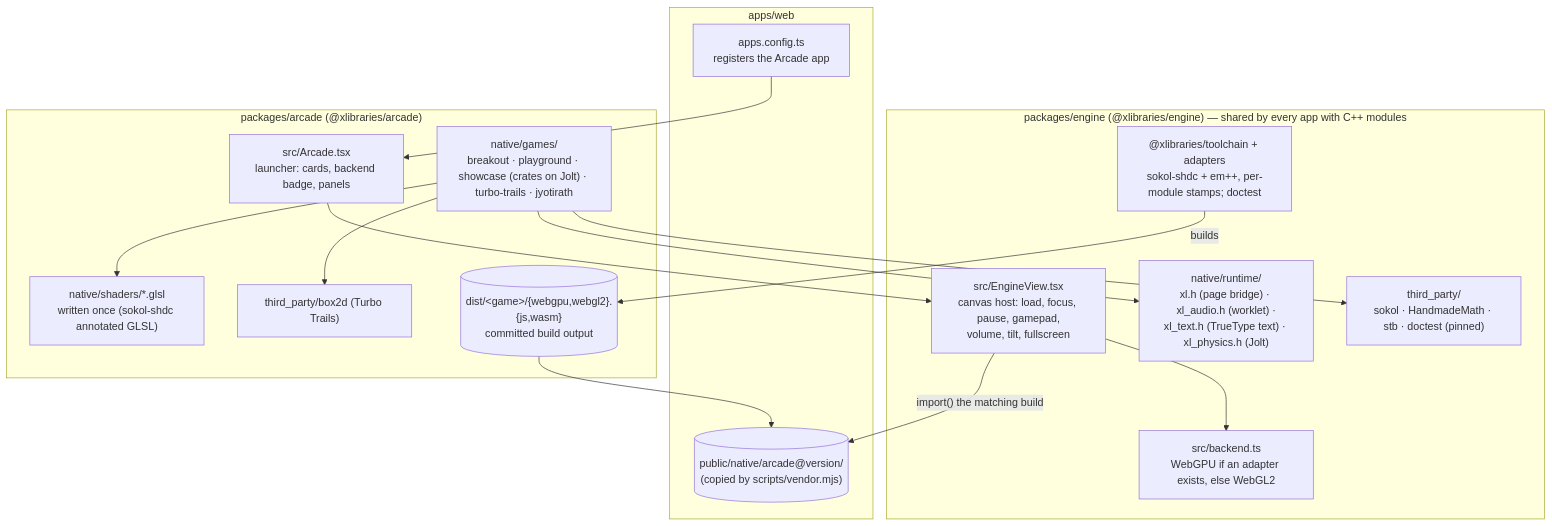
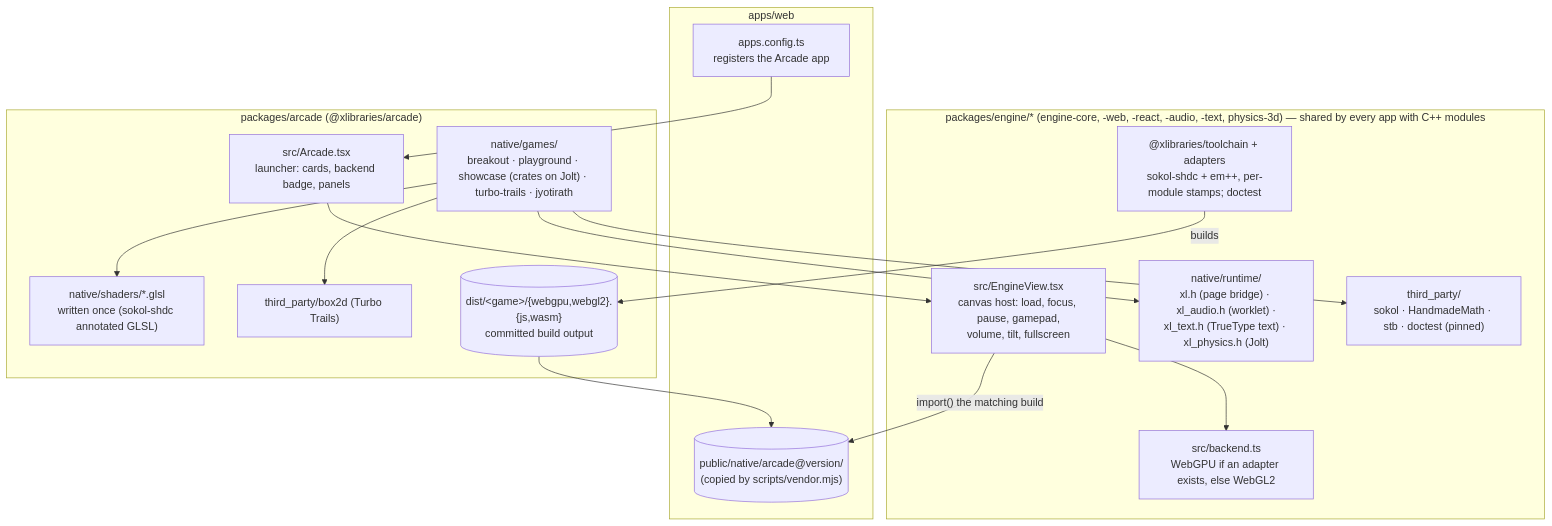
The first of 2 diagrams in docs/arcade-plan.md (xlibraries/Xlib), drawn with Mermaid before and after one commit. The commit also changed 714 other files, not shown here.

Commit message:
Phase 2: the engine as six packages (engine-core, -web, -react, -audio, -text, physics-3d); modules link what they use

````diff
--- a/docs/arcade-plan.md
+++ b/docs/arcade-plan.md
@@ -13,30 +13,30 @@
 ```mermaid
 flowchart TB
     subgraph site["apps/web"]
         config["apps.config.ts<br/>registers the Arcade app"]
         public[("public/native/arcade@version/<br/>(copied by scripts/vendor.mjs)")]
     end
 
-    subgraph engine["packages/engine (@xlibraries/engine) — shared by every app with C++ modules"]
+    subgraph engine["packages/engine/* (engine-core, -web, -react, -audio, -text, physics-3d) — shared by every app with C++ modules"]
         view["src/EngineView.tsx<br/>canvas host: load, focus, pause, gamepad,<br/>volume, tilt, fullscreen"]
         pick["src/backend.ts<br/>WebGPU if an adapter exists, else WebGL2"]
         runtime["native/runtime/<br/>xl.h (page bridge) · xl_audio.h (worklet) ·<br/>xl_text.h (TrueType text) · xl_physics.h (Jolt)"]
         buildpipe["@xlibraries/toolchain + adapters<br/>sokol-shdc + em++, per-module stamps; doctest"]
         third["third_party/<br/>sokol · HandmadeMath · stb · doctest (pinned)"]
     end
 
     subgraph pkg["packages/arcade (@xlibraries/arcade)"]
         launcher["src/Arcade.tsx<br/>launcher: cards, backend badge, panels"]
         games["native/games/<br/>breakout · playground · showcase (crates on Jolt) · turbo-trails · jyotirath"]
         shaders["native/shaders/*.glsl<br/>written once (sokol-shdc annotated GLSL)"]
         box2d["third_party/box2d (Turbo Trails)"]
         dist[("dist/&lt;game&gt;/{webgpu,webgl2}.{js,wasm}<br/>committed build output")]
     end
 
     config --> launcher --> view
     view --> pick
     view -- "import() the matching build" --> public
     dist --> public
     games --> runtime & shaders & third & box2d
     buildpipe -- builds --> dist
 ```
````
